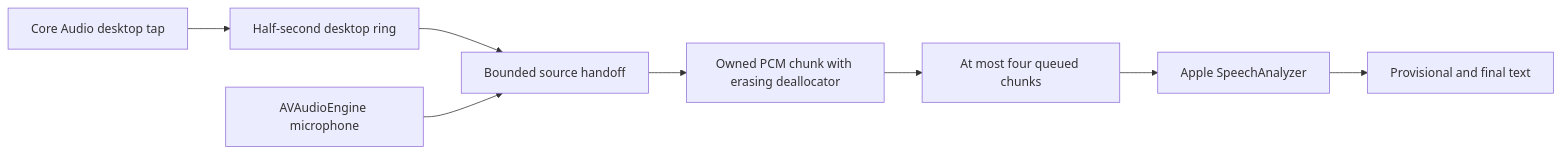
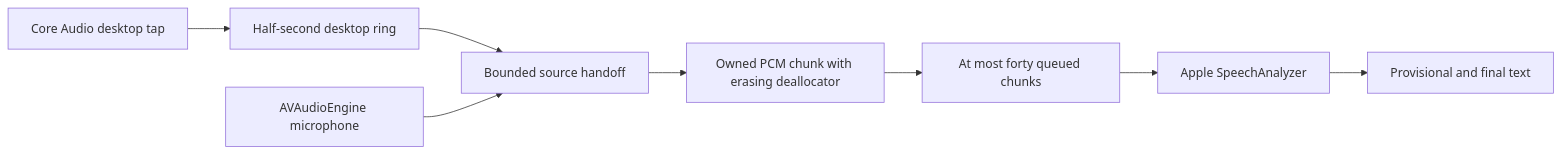
Before and after one commit to cjonesde/recorder: the second of 2 diagrams in docs/apple-streaming.md, drawn with Mermaid. The commit also changed other lines of this file and 50 other files, not shown here.

````diff
--- a/docs/apple-streaming.md
+++ b/docs/apple-streaming.md
@@ -69,10 +69,10 @@
 ```mermaid
 flowchart LR
     Desktop[Core Audio desktop tap] --> Ring[Half-second desktop ring]
     Ring --> Input[Bounded source handoff]
     Mic[AVAudioEngine microphone] --> Input
     Input --> PCM[Owned PCM chunk with erasing deallocator]
-    PCM --> Queue[At most four queued chunks]
+    PCM --> Queue[At most forty queued chunks]
     Queue --> Apple[Apple SpeechAnalyzer]
     Apple --> Text[Provisional and final text]
 ```
````
